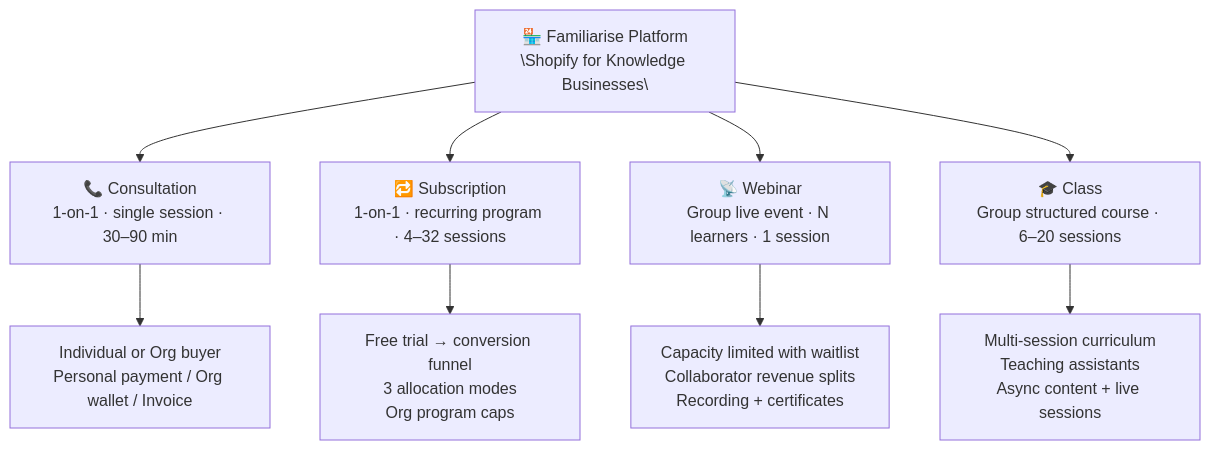
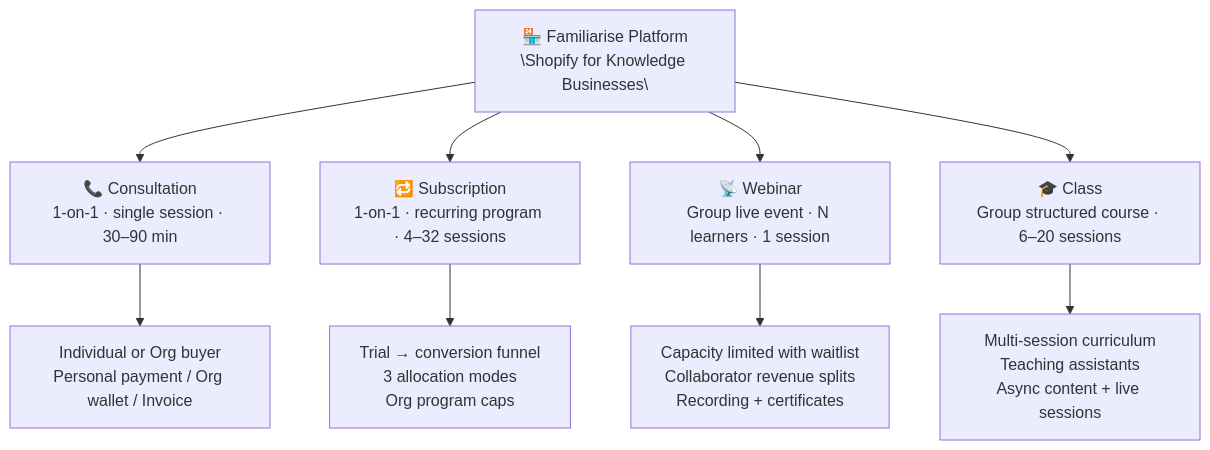
Before and after one commit to Practitionist/familiarise_web: the first of 19 diagrams in docs/architecture/product-flow-map.md, drawn with Mermaid. The commit also changed other lines of this file and 5 other files, not shown here.

First line of the commit message:
refactor(trials): neutralize the last free-trial copy in explore UI + docs

````diff
--- a/docs/architecture/product-flow-map.md
+++ b/docs/architecture/product-flow-map.md
@@ -11,14 +11,14 @@
 ```mermaid
 flowchart TD
     Platform["🏪 Familiarise Platform\n\"Shopify for Knowledge Businesses\""]
 
     Platform --> C["📞 Consultation\n1-on-1 · single session · 30–90 min"]
     Platform --> S["🔁 Subscription\n1-on-1 · recurring program · 4–32 sessions"]
     Platform --> W["📡 Webinar\nGroup live event · N learners · 1 session"]
     Platform --> CL["🎓 Class\nGroup structured course · 6–20 sessions"]
 
     C --> C1["Individual or Org buyer\nPersonal payment / Org wallet / Invoice"]
-    S --> S1["Free trial → conversion funnel\n3 allocation modes\nOrg program caps"]
+    S --> S1["Trial → conversion funnel\n3 allocation modes\nOrg program caps"]
     W --> W1["Capacity limited with waitlist\nCollaborator revenue splits\nRecording + certificates"]
     CL --> CL1["Multi-session curriculum\nTeaching assistants\nAsync content + live sessions"]
 ```
````
